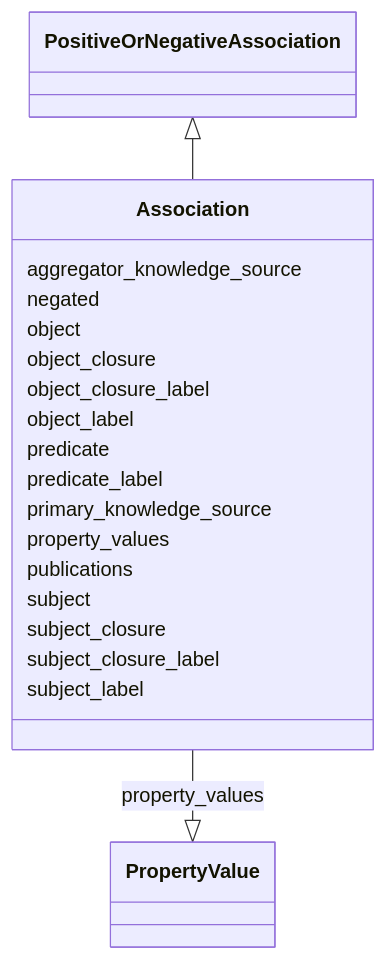
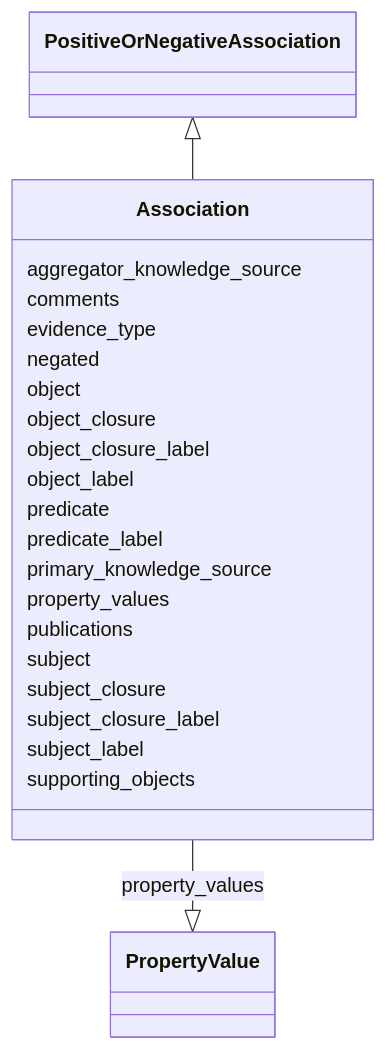
The diagram in association/Association.md (INCATools/ontology-access-kit), drawn with Mermaid before and after one commit. The commit also changed other lines of this file and 54 other files, not shown here.

````diff
--- a/association/Association.md
+++ b/association/Association.md
@@ -15,39 +15,45 @@
 ```{mermaid}
  classDiagram
     class Association
       PositiveOrNegativeAssociation <|-- Association
       
       Association : aggregator_knowledge_source
+        
+      Association : comments
+        
+      Association : evidence_type
         
       Association : negated
         
       Association : object
         
       Association : object_closure
         
       Association : object_closure_label
         
       Association : object_label
         
       Association : predicate
         
       Association : predicate_label
         
       Association : primary_knowledge_source
         
       Association : property_values
         
           Association --|> PropertyValue : property_values
         
       Association : publications
         
       Association : subject
         
       Association : subject_closure
         
       Association : subject_closure_label
         
       Association : subject_label
         
+      Association : supporting_objects
+        
       
 ```
````
